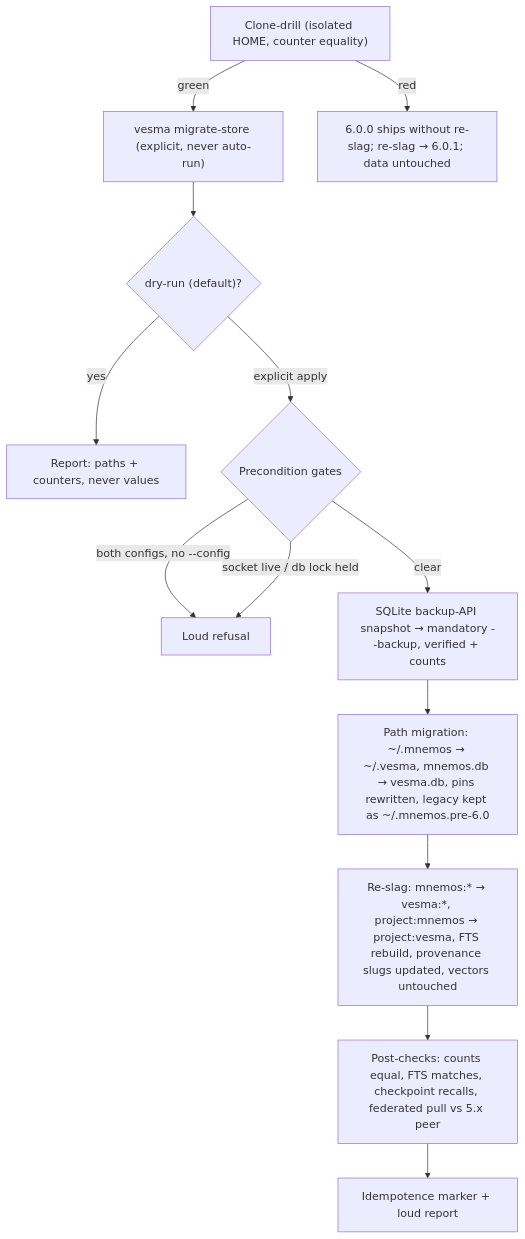
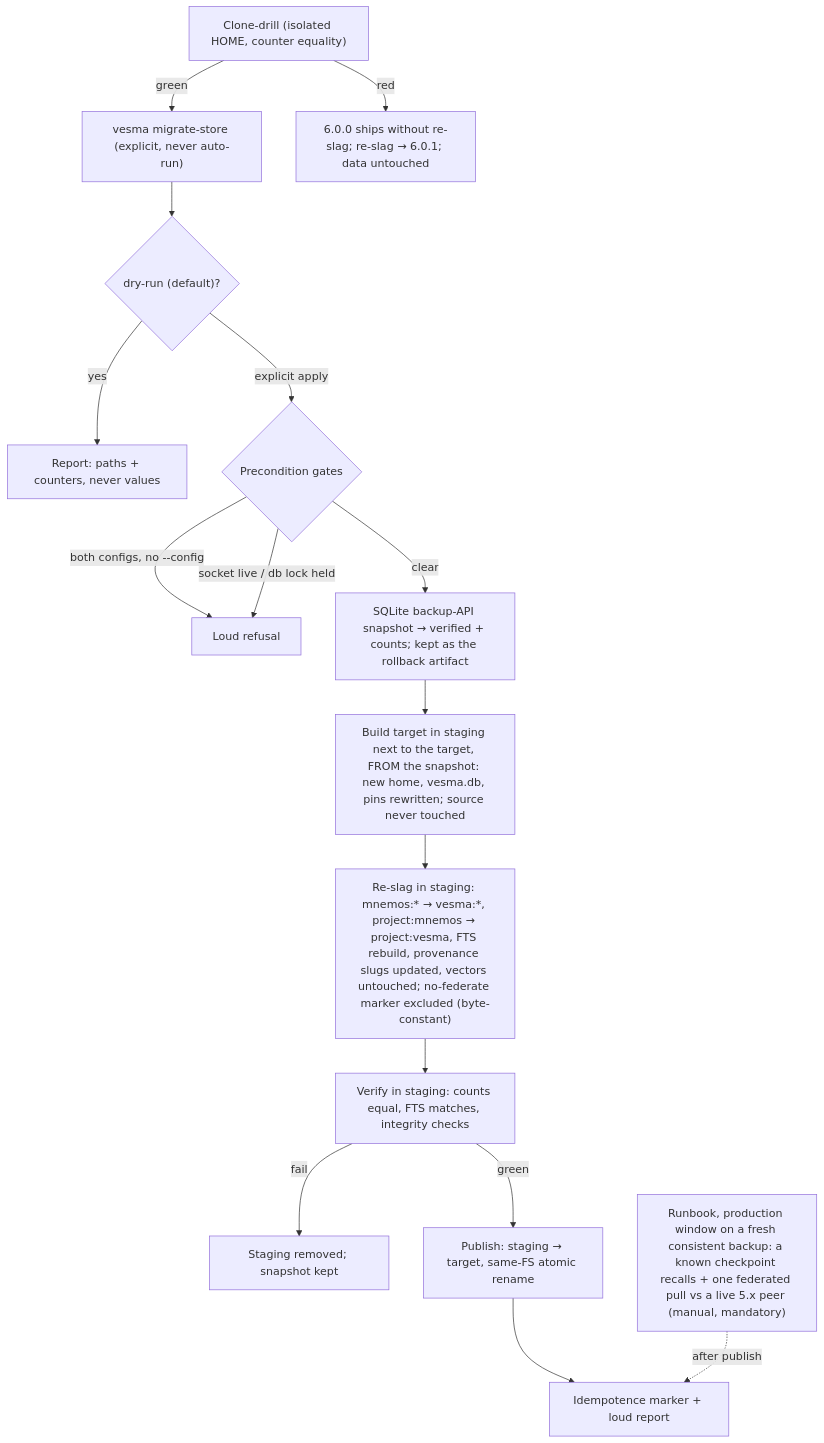
Before and after one commit to vesmaro/vesma: the diagram in docs/project/adr/0044-store-migration.md, drawn with Mermaid. The commit also changed other lines of this file, not shown here.

````diff
--- a/docs/project/adr/0044-store-migration.md
+++ b/docs/project/adr/0044-store-migration.md
@@ -137,15 +183,18 @@
 ```mermaid
 flowchart TD
     Start["vesma migrate-store (explicit, never auto-run)"] --> Dry{"dry-run (default)?"}
     Dry -->|"yes"| Report["Report: paths + counters, never values"]
     Dry -->|"explicit apply"| Gates{"Precondition gates"}
     Gates -->|"both configs, no --config"| Refuse["Loud refusal"]
     Gates -->|"socket live / db lock held"| Refuse
-    Gates -->|"clear"| Snap["SQLite backup-API snapshot → mandatory --backup, verified + counts"]
-    Snap --> Path["Path migration: ~/.mnemos → ~/.vesma, mnemos.db → vesma.db, pins rewritten, legacy kept as ~/.mnemos.pre-6.0"]
-    Path --> Reslag["Re-slag: mnemos:* → vesma:*, project:mnemos → project:vesma, FTS rebuild, provenance slugs updated, vectors untouched"]
-    Reslag --> Post["Post-checks: counts equal, FTS matches, checkpoint recalls, federated pull vs 5.x peer"]
-    Post --> Done["Idempotence marker + loud report"]
+    Gates -->|"clear"| Snap["SQLite backup-API snapshot → verified + counts; kept as the rollback artifact"]
+    Snap --> Stage["Build target in staging next to the target, FROM the snapshot: new home, vesma.db, pins rewritten; source never touched"]
+    Stage --> Reslag["Re-slag in staging: mnemos:* → vesma:*, project:mnemos → project:vesma, FTS rebuild, provenance slugs updated, vectors untouched; no-federate marker excluded (byte-constant)"]
+    Reslag --> Post["Verify in staging: counts equal, FTS matches, integrity checks"]
+    Post -->|"fail"| Cleanup["Staging removed; snapshot kept"]
+    Post -->|"green"| Publish["Publish: staging → target, same-FS atomic rename"]
+    Publish --> Done["Idempotence marker + loud report"]
+    Runbook["Runbook, production window on a fresh consistent backup: a known checkpoint recalls + one federated pull vs a live 5.x peer (manual, mandatory)"] -.->|after publish| Done
     Drill["Clone-drill (isolated HOME, counter equality)"] -->|"green"| Start
     Drill -->|"red"| Fallback["6.0.0 ships without re-slag; re-slag → 6.0.1; data untouched"]
 ```
````
